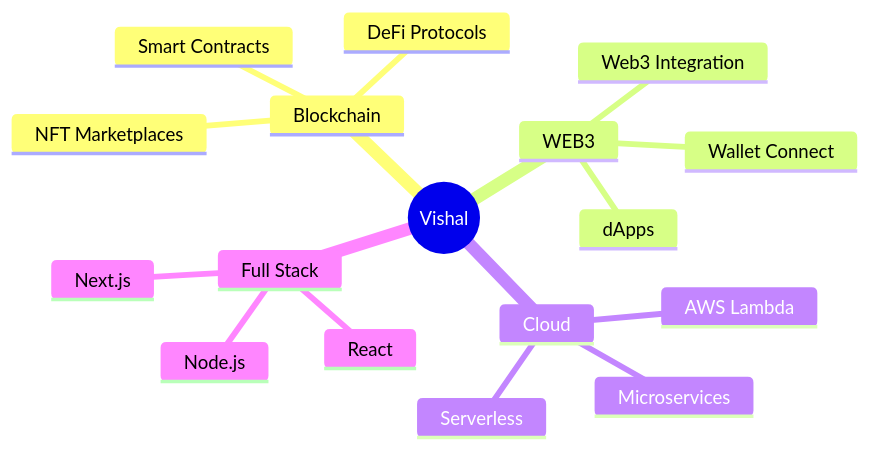
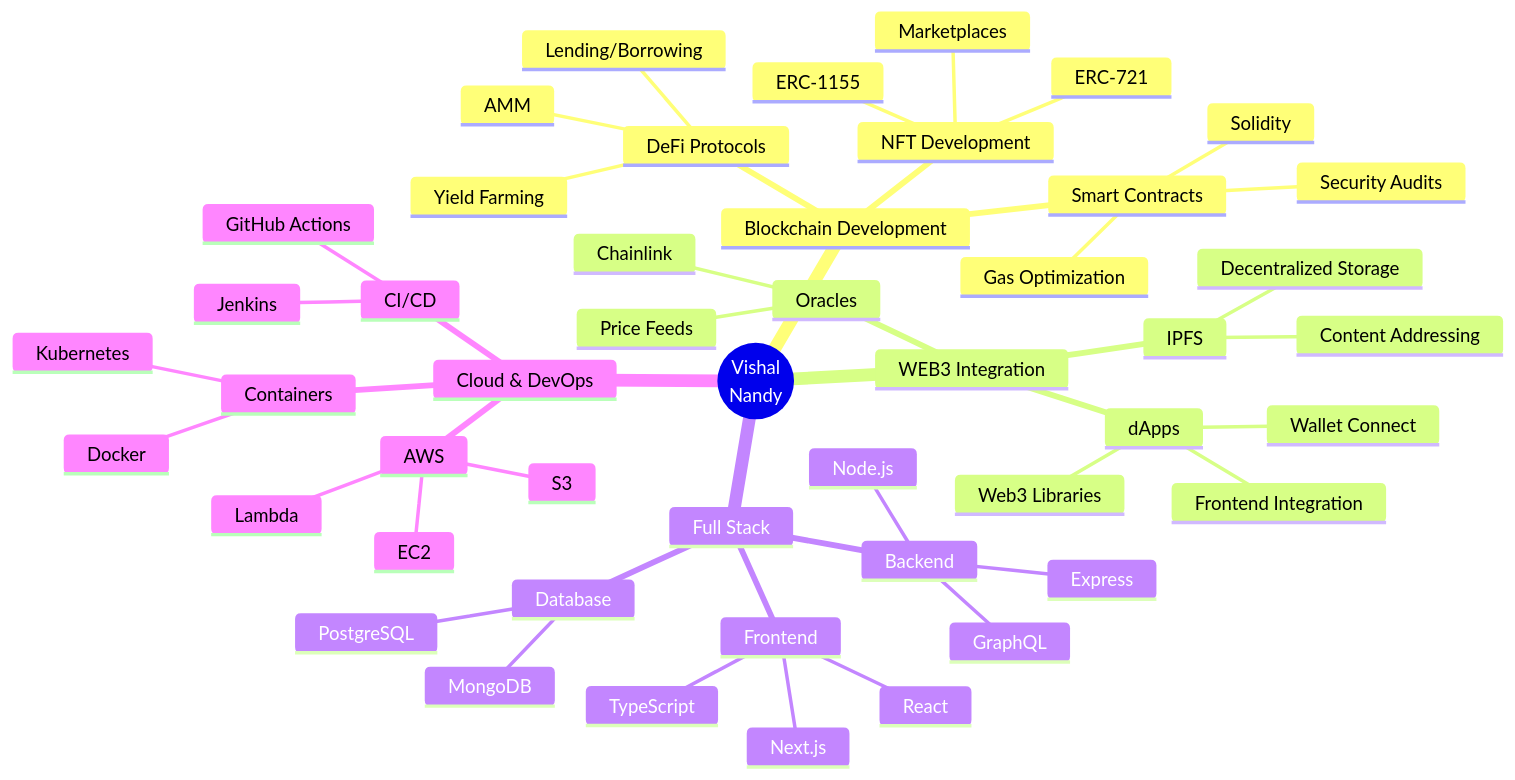
Before and after one commit to VishalNandy17/VishalNandy17: the diagram in README.md, drawn with Mermaid. The commit also changed other lines of this file, not shown here.

````diff
--- a/README.md
+++ b/README.md
@@ -130,20 +187,51 @@
 ```mermaid
 mindmap
-  root((Vishal))
-    Blockchain
+  root((Vishal<br/>Nandy))
+    Blockchain Development
       Smart Contracts
+        Solidity
+        Security Audits
+        Gas Optimization
       DeFi Protocols
-      NFT Marketplaces
-    WEB3
+        AMM
+        Lending/Borrowing
+        Yield Farming
+      NFT Development
+        ERC-721
+        ERC-1155
+        Marketplaces
+    WEB3 Integration
       dApps
-      Web3 Integration
-      Wallet Connect
-    Cloud
-      AWS Lambda
-      Serverless
-      Microservices
+        Frontend Integration
+        Wallet Connect
+        Web3 Libraries
+      IPFS
+        Decentralized Storage
+        Content Addressing
+      Oracles
+        Chainlink
+        Price Feeds
     Full Stack
-      Next.js
-      React
-      Node.js
+      Frontend
+        React
+        Next.js
+        TypeScript
+      Backend
+        Node.js
+        Express
+        GraphQL
+      Database
+        MongoDB
+        PostgreSQL
+    Cloud & DevOps
+      AWS
+        Lambda
+        EC2
+        S3
+      Containers
+        Docker
+        Kubernetes
+      CI/CD
+        GitHub Actions
+        Jenkins
 ```
````
